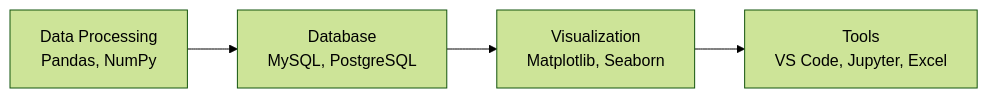
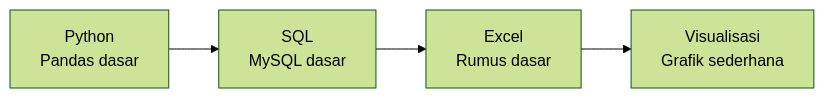
Before and after one commit to Jojonakesy/Jojonakesy: the diagram in README.md, drawn with Mermaid (forest theme). The commit also changed other lines of this file, not shown here.

````diff
--- a/README.md
+++ b/README.md
@@ -15,6 +15,6 @@
 ```mermaid
 graph LR
-    A[Data Processing<br>Pandas, NumPy] --> B[Database<br>MySQL, PostgreSQL]
-    B --> C[Visualization<br>Matplotlib, Seaborn]
-    C --> D[Tools<br>VS Code, Jupyter, Excel]
+    A[Python<br>Pandas dasar] --> B[SQL<br>MySQL dasar]
+    B --> C[Excel<br>Rumus dasar]
+    C --> D[Visualisasi<br>Grafik sederhana]
 ```
````
